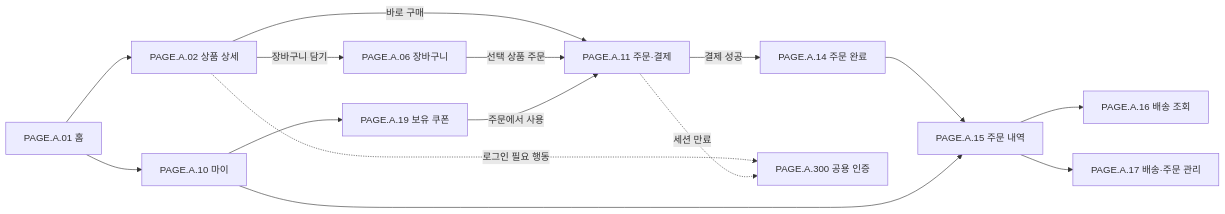
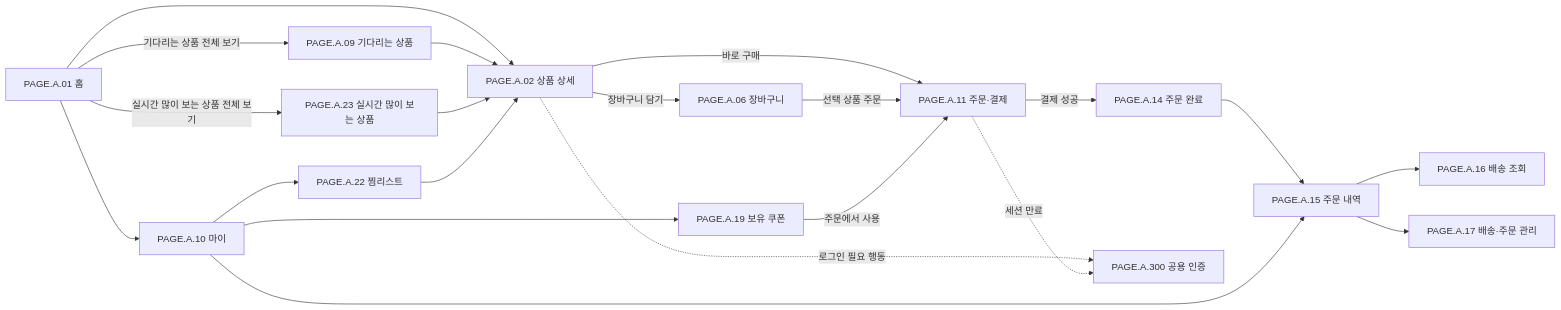
Before and after one commit to Medikong/archive: the diagram in blueprint/10-sitemap/buyer-mobile-web/README.md, drawn with Mermaid. The commit also changed other lines of this file and 41 other files, not shown here.

````diff
--- a/blueprint/10-sitemap/buyer-mobile-web/README.md
+++ b/blueprint/10-sitemap/buyer-mobile-web/README.md
@@ -38,17 +40,23 @@
 ```mermaid
 flowchart LR
     Home["PAGE.A.01 홈"] --> Detail["PAGE.A.02 상품 상세"]
+    Home -->|"기다리는 상품 전체 보기"| Waiting["PAGE.A.09 기다리는 상품"]
+    Home -->|"실시간 많이 보는 상품 전체 보기"| Trending["PAGE.A.23 실시간 많이 보는 상품"]
+    Waiting --> Detail
+    Trending --> Detail
     Detail -->|"장바구니 담기"| Cart["PAGE.A.06 장바구니"]
     Detail -->|"바로 구매"| Checkout["PAGE.A.11 주문·결제"]
     Cart -->|"선택 상품 주문"| Checkout
     Checkout -->|"결제 성공"| Complete["PAGE.A.14 주문 완료"]
     Complete --> Orders["PAGE.A.15 주문 내역"]
     Orders --> Tracking["PAGE.A.16 배송 조회"]
     Orders --> Manage["PAGE.A.17 배송·주문 관리"]
     Home --> My["PAGE.A.10 마이"]
     My --> Orders
     My --> Coupon["PAGE.A.19 보유 쿠폰"]
     Coupon -->|"주문에서 사용"| Checkout
     Detail -. "로그인 필요 행동" .-> Auth["PAGE.A.300 공용 인증"]
     Checkout -. "세션 만료" .-> Auth
+    My --> Wishlist["PAGE.A.22 찜리스트"]
+    Wishlist --> Detail
 ```
````
